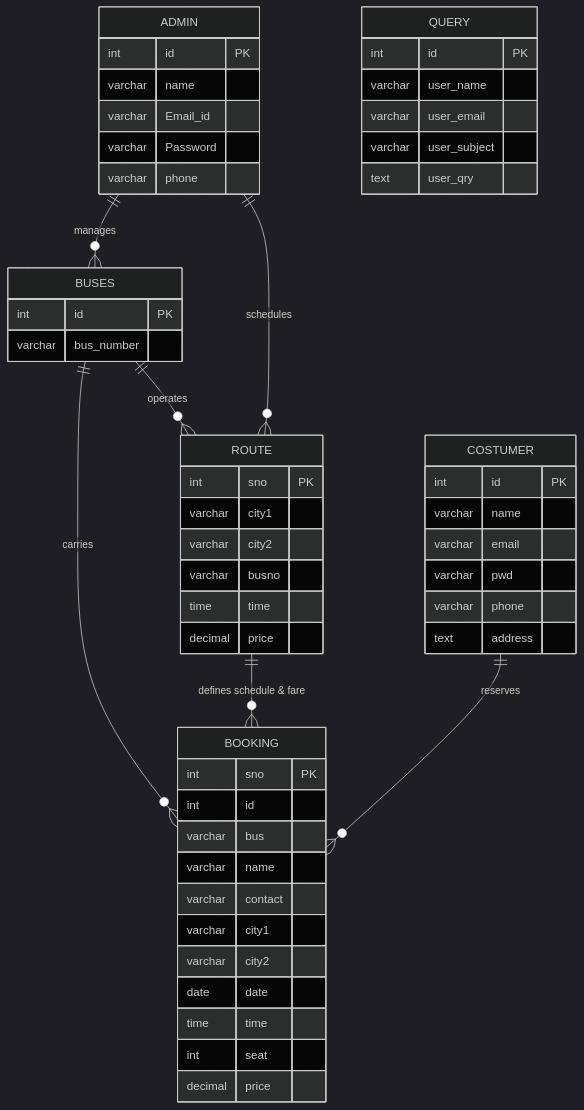
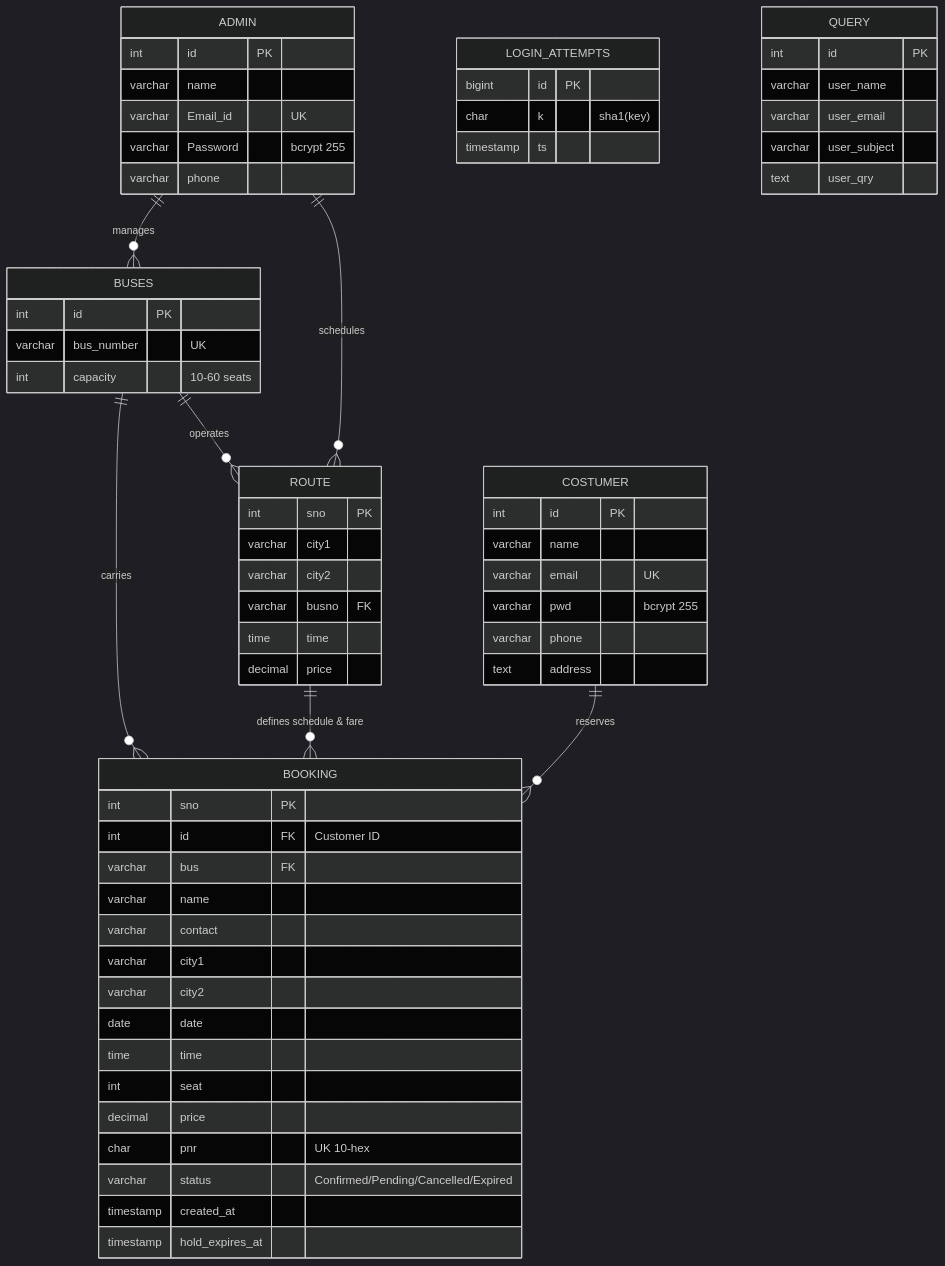
One commit to Jashan-randhawa/Bus-Resrvation changed the diagram in wiki/Database-Schema-and-Models.md. Above: the diagram before and after it, drawn with Mermaid (dark theme). The commit also changed other lines of this file and 3 other files, not shown here.

````diff
--- a/wiki/Database-Schema-and-Models.md
+++ b/wiki/Database-Schema-and-Models.md
@@ -9,62 +9,73 @@
 ```mermaid
 erDiagram
     BUSES ||--o{ ROUTE : "operates"
     BUSES ||--o{ BOOKING : "carries"
     ROUTE ||--o{ BOOKING : "defines schedule & fare"
     COSTUMER ||--o{ BOOKING : "reserves"
     ADMIN ||--o{ BUSES : "manages"
     ADMIN ||--o{ ROUTE : "schedules"
     
     ADMIN {
         int id PK
         varchar name
-        varchar Email_id
-        varchar Password
+        varchar Email_id "UK"
+        varchar Password "bcrypt 255"
         varchar phone
     }
 
     COSTUMER {
         int id PK
         varchar name
-        varchar email
-        varchar pwd
+        varchar email "UK"
+        varchar pwd "bcrypt 255"
         varchar phone
         text address
     }
 
     BUSES {
         int id PK
-        varchar bus_number
+        varchar bus_number "UK"
+        int capacity "10-60 seats"
     }
 
     ROUTE {
         int sno PK
         varchar city1
         varchar city2
-        varchar busno
+        varchar busno FK
         time time
         decimal price
     }
 
     BOOKING {
         int sno PK
-        int id
-        varchar bus
+        int id FK "Customer ID"
+        varchar bus FK
         varchar name
         varchar contact
         varchar city1
         varchar city2
         date date
         time time
         int seat
         decimal price
+        char pnr "UK 10-hex"
+        varchar status "Confirmed/Pending/Cancelled/Expired"
+        timestamp created_at
+        timestamp hold_expires_at
+    }
+
+    LOGIN_ATTEMPTS {
+        bigint id PK
+        char k "sha1(key)"
+        timestamp ts
     }
 
     QUERY {
         int id PK
         varchar user_name
         varchar user_email
         varchar user_subject
         text user_qry
     }
 ```
````
